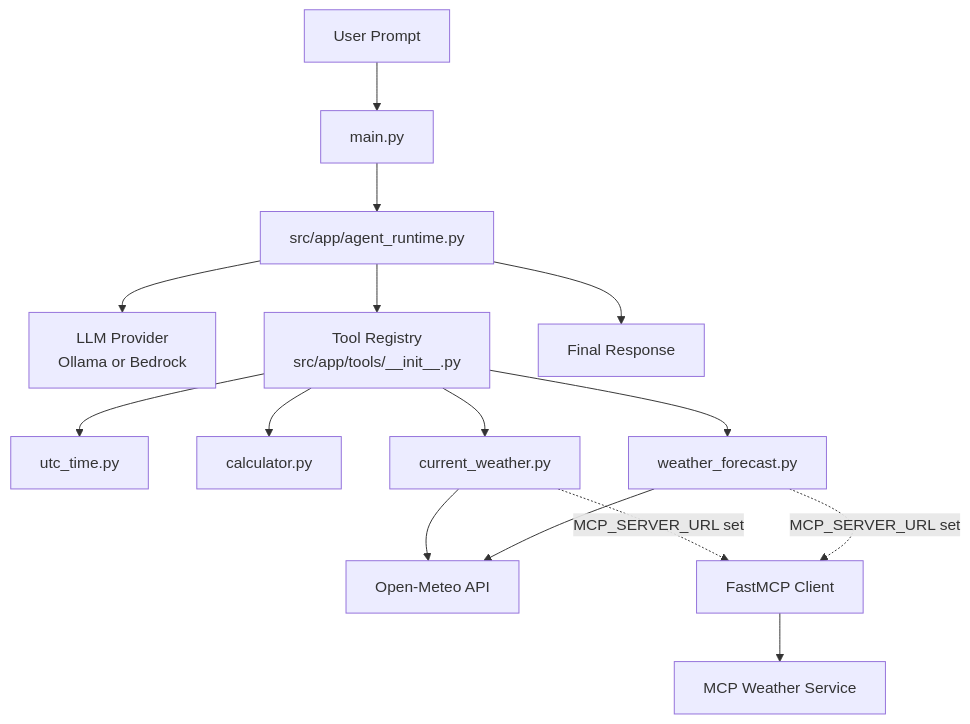
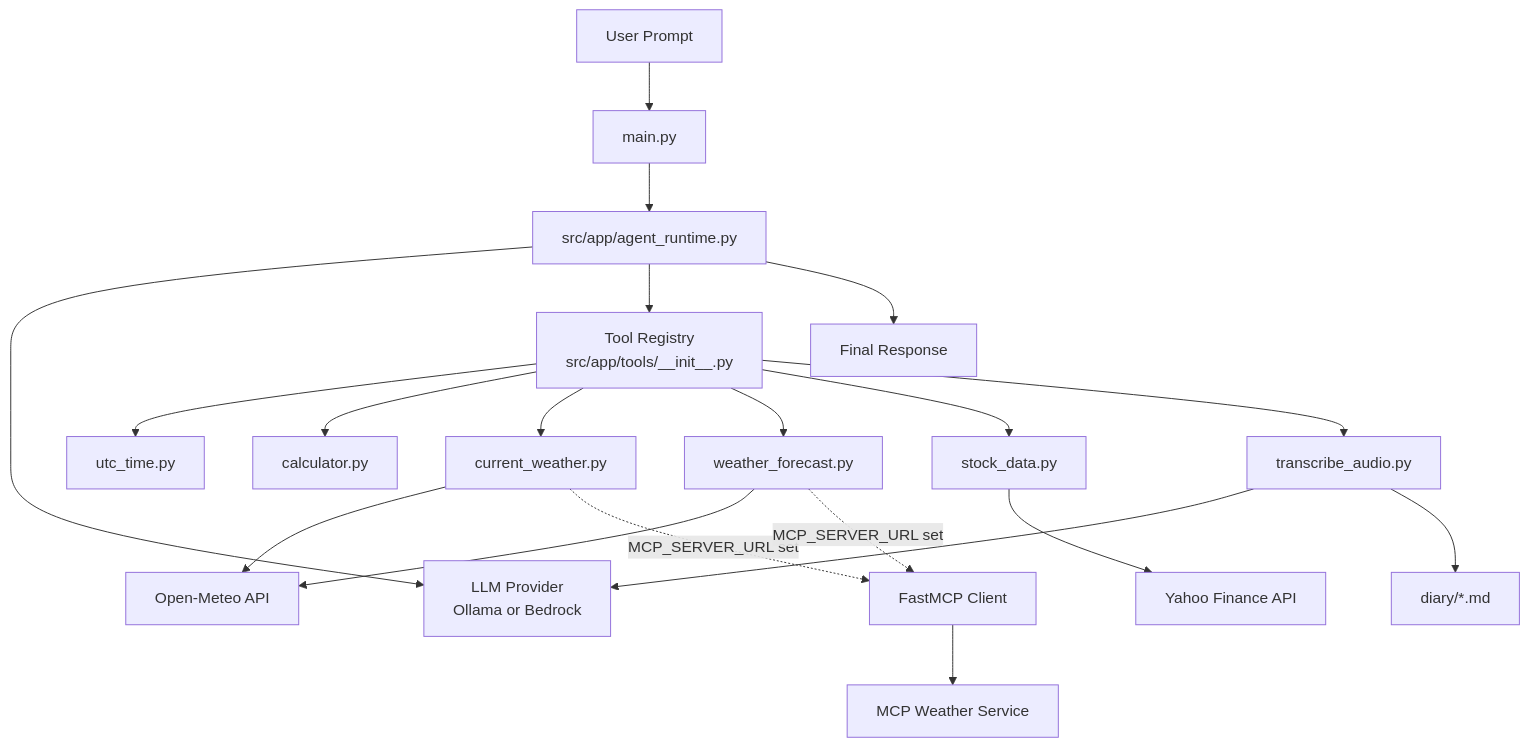
The diagram in flowchart TD.mmd (burgerboydaddy/try_langchain), drawn with Mermaid before and after one commit. The commit also changed 7 other files, not shown here.

```diff
--- a/flowchart TD.mmd
+++ b/flowchart TD.mmd
@@ -1,15 +1,20 @@
 flowchart TD
     U[User Prompt] --> M[main.py]
     M --> AR[src/app/agent_runtime.py]
     AR --> LLM[LLM Provider\nOllama or Bedrock]
     AR --> TR[Tool Registry\nsrc/app/tools/__init__.py]
     TR --> T1[utc_time.py]
     TR --> T2[calculator.py]
     TR --> T3[current_weather.py]
     TR --> T4[weather_forecast.py]
+    TR --> T5[stock_data.py]
+    TR --> T6[transcribe_audio.py]
     T3 --> W1[Open-Meteo API]
     T4 --> W1
+    T5 --> YF[Yahoo Finance API]
+    T6 --> LLM
+    T6 --> D[diary/*.md]
     T3 -. MCP_SERVER_URL set .-> MCP[FastMCP Client]
     T4 -. MCP_SERVER_URL set .-> MCP
     MCP --> MS[MCP Weather Service]
     AR --> R[Final Response]
```
